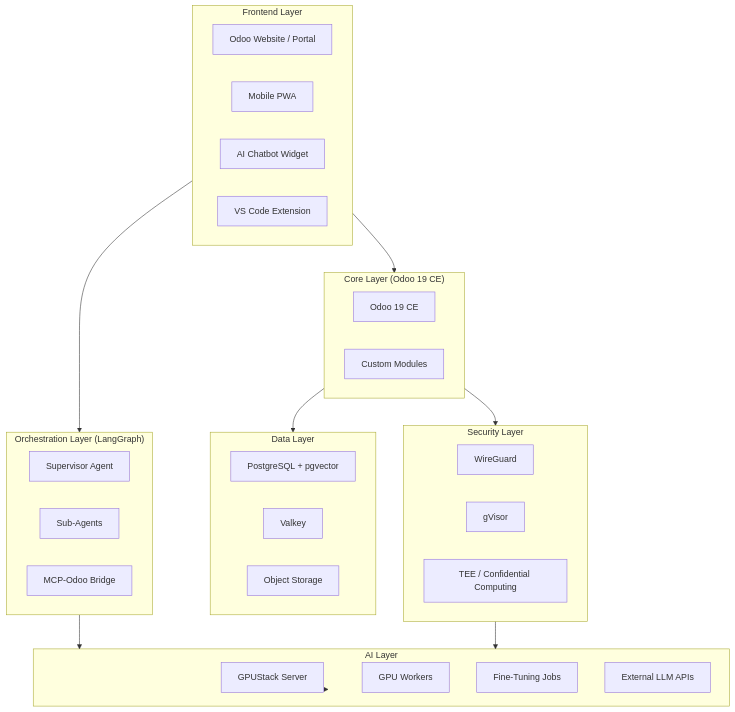
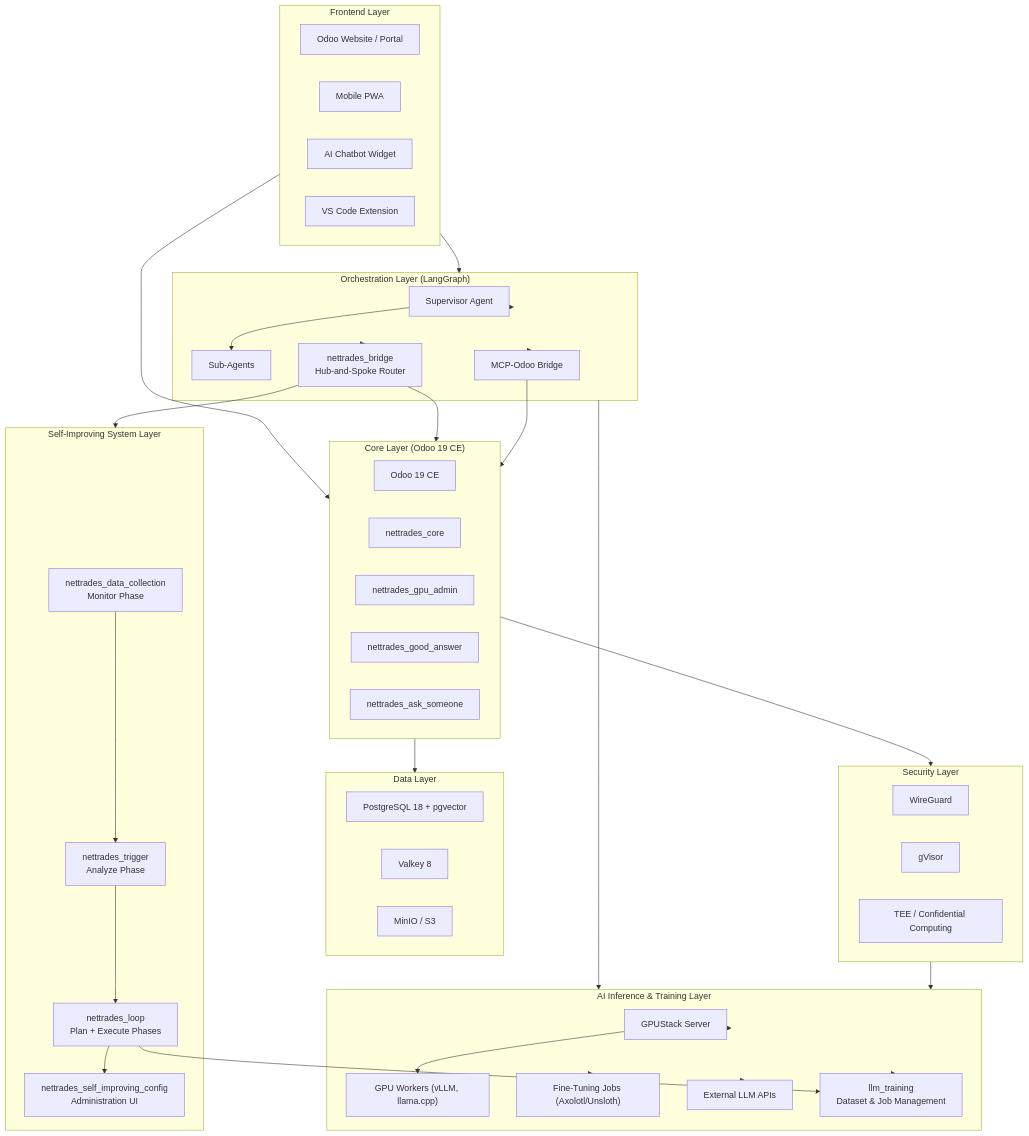
One commit to nettrades/nettrades-platform changed the diagram in README.md. Above: the diagram before and after it, drawn with Mermaid. The commit also changed 3 other files, not shown here.

````diff
--- a/README.md
+++ b/README.md
@@ -98,48 +98,69 @@
 ```mermaid
 graph TB
     subgraph Frontend["Frontend Layer"]
         Web["Odoo Website / Portal"]
         PWA["Mobile PWA"]
         ChatWidget["AI Chatbot Widget"]
         VSCode["VS Code Extension"]
     end
 
     subgraph Integration["Orchestration Layer (LangGraph)"]
         Supervisor["Supervisor Agent"]
         Agents["Sub-Agents"]
         MCP["MCP-Odoo Bridge"]
+        Bridge["nettrades_bridge<br>Hub-and-Spoke Router"]
     end
 
-    subgraph AI["AI Layer"]
+    subgraph AI["AI Inference & Training Layer"]
         GPUStack["GPUStack Server"]
-        Workers["GPU Workers"]
-        FineTune["Fine-Tuning Jobs"]
+        Workers["GPU Workers (vLLM, llama.cpp)"]
+        FineTune["Fine-Tuning Jobs (Axolotl/Unsloth)"]
         External["External LLM APIs"]
+        Training["llm_training<br>Dataset & Job Management"]
+    end
+
+    subgraph SelfImproving["Self-Improving System Layer"]
+        DataCollection["nettrades_data_collection<br>Monitor Phase"]
+        Trigger["nettrades_trigger<br>Analyze Phase"]
+        Loop["nettrades_loop<br>Plan + Execute Phases"]
+        Config["nettrades_self_improving_config<br>Administration UI"]
     end
 
     subgraph Core["Core Layer (Odoo 19 CE)"]
         Odoo["Odoo 19 CE"]
-        Modules["Custom Modules"]
+        CoreModules["nettrades_core"]
+        GPUAdmin["nettrades_gpu_admin"]
+        GoodAnswer["nettrades_good_answer"]
+        AskSomeone["nettrades_ask_someone"]
     end
 
     subgraph Data["Data Layer"]
-        PG["PostgreSQL + pgvector"]
-        Valkey["Valkey"]
-        S3["Object Storage"]
+        PG["PostgreSQL 18 + pgvector"]
+        Valkey["Valkey 8"]
+        S3["MinIO / S3"]
     end
 
     subgraph Security["Security Layer"]
         WG["WireGuard"]
         gVisor["gVisor"]
         TEE["TEE / Confidential Computing"]
     end
 
     Frontend --> Core
     Frontend --> Integration
+    Integration --> Bridge --> Core
+    Integration --> Supervisor --> Agents
+    Integration --> MCP --> Core
     Integration --> AI
-    AI --> GPUStack
+    AI --> GPUStack --> Workers
+    AI --> FineTune
+    AI --> External
+    AI --> Training
     Core --> Data
     Core --> Security
     Security --> AI
+    Bridge --> SelfImproving
+    DataCollection --> Trigger --> Loop --> Config
+    Loop --> Training
     
 ```
````
